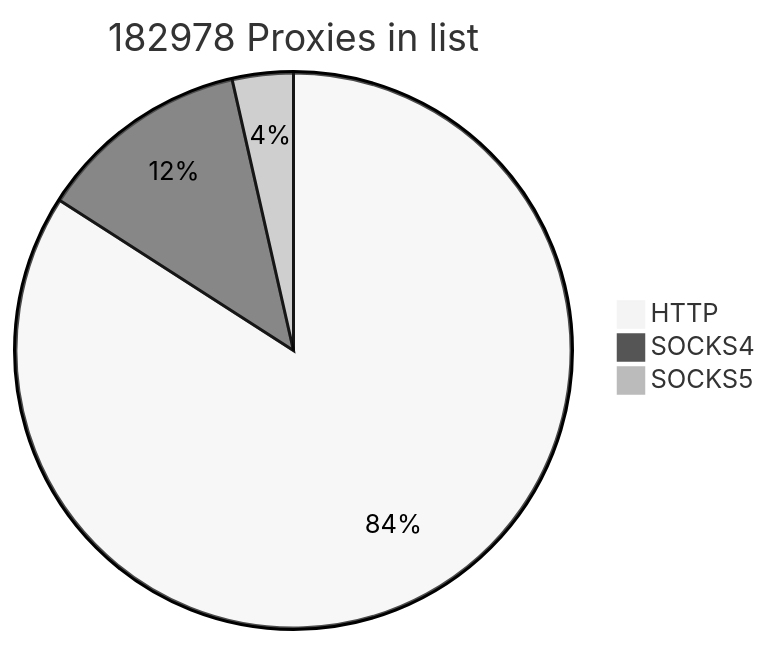
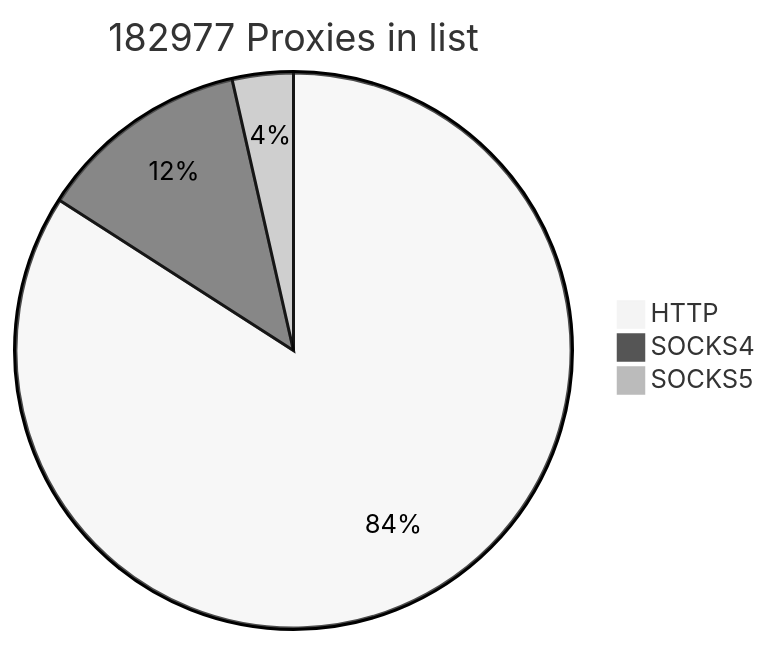
One commit to cutipu/proxylist changed the first of 2 diagrams in README.md. Above: the diagram before and after it, drawn with Mermaid (neutral theme). The commit also changed other lines of this file, not shown here.

````diff
--- a/README.md
+++ b/README.md
@@ -2,7 +2,7 @@
 ```mermaid
-pie title 182978 Proxies in list
-    "HTTP" : 153860
+pie title 182977 Proxies in list
+    "HTTP" : 153858
     "SOCKS4" : 22630
-    "SOCKS5" : 6488
+    "SOCKS5" : 6489
             
 ```
````
